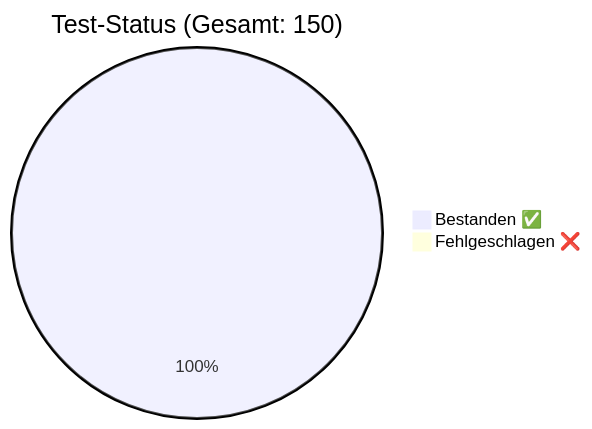
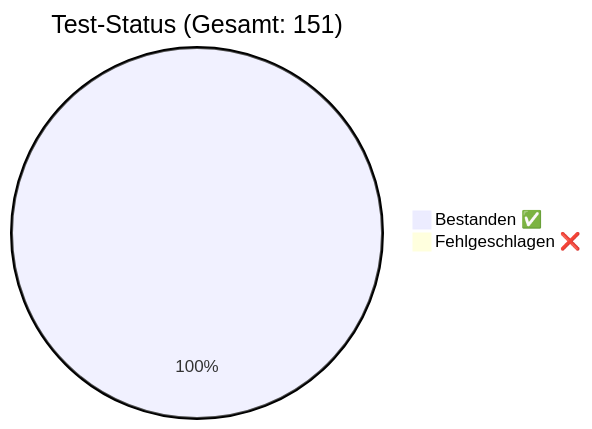
One commit to rorila/GCS changed the diagram in docs/QA_Report.md. Above: the diagram before and after it, drawn with Mermaid. The commit also changed other lines of this file and 12 other files, not shown here.

````diff
--- a/docs/QA_Report.md
+++ b/docs/QA_Report.md
@@ -7,5 +7,5 @@
 ```mermaid
-pie title Test-Status (Gesamt: 150)
-    "Bestanden ✅" : 150
+pie title Test-Status (Gesamt: 151)
+    "Bestanden ✅" : 151
     "Fehlgeschlagen ❌" : 0
 ```
````
